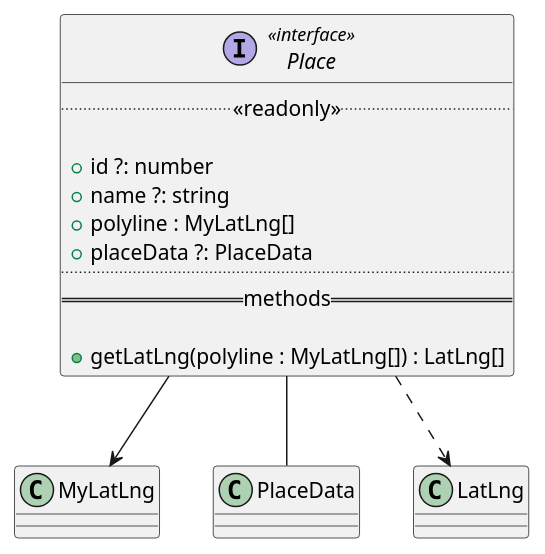
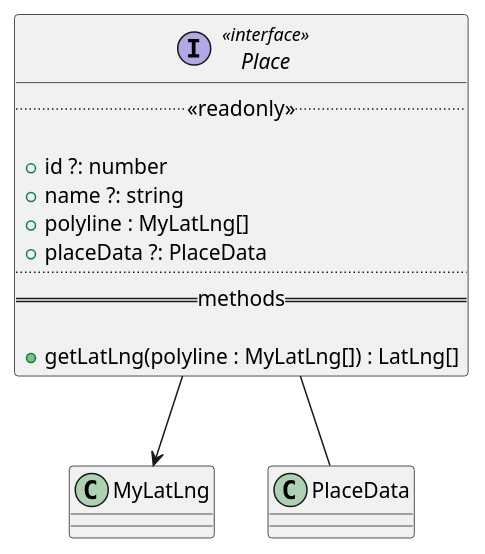
One commit to GruppOne/stalker-web-app changed the diagram in docs/diagrams/interfaces/Place/Place.pu. Above: the diagram before and after it, drawn with PlantUML. The commit also changed 2 other files, not shown here.

Commit message:
feat: fix problem with leaflet package not showing LatLng

```diff
--- a/docs/diagrams/interfaces/Place/Place.pu
+++ b/docs/diagrams/interfaces/Place/Place.pu
@@ -1,18 +1,24 @@
 @startuml Place Diagram
 interface Place <<interface>> {
   ..<<readonly>>..
 
   + id ?: number
   + name ?: string
   + polyline : MyLatLng[]
   + placeData ?: PlaceData
   ....
   == methods ==
 
   + getLatLng(polyline : MyLatLng[]) : LatLng[]
 }
 
 Place --> MyLatLng
 Place -- PlaceData
-Place ..> LatLng
+
+/'
+' if you decomment this part it will no longer appear within the package
+' leaflet, this part has already been moved to the main file, it's here
+' just to remember it
+'/
+' Place ..> LatLng
 @enduml
```
